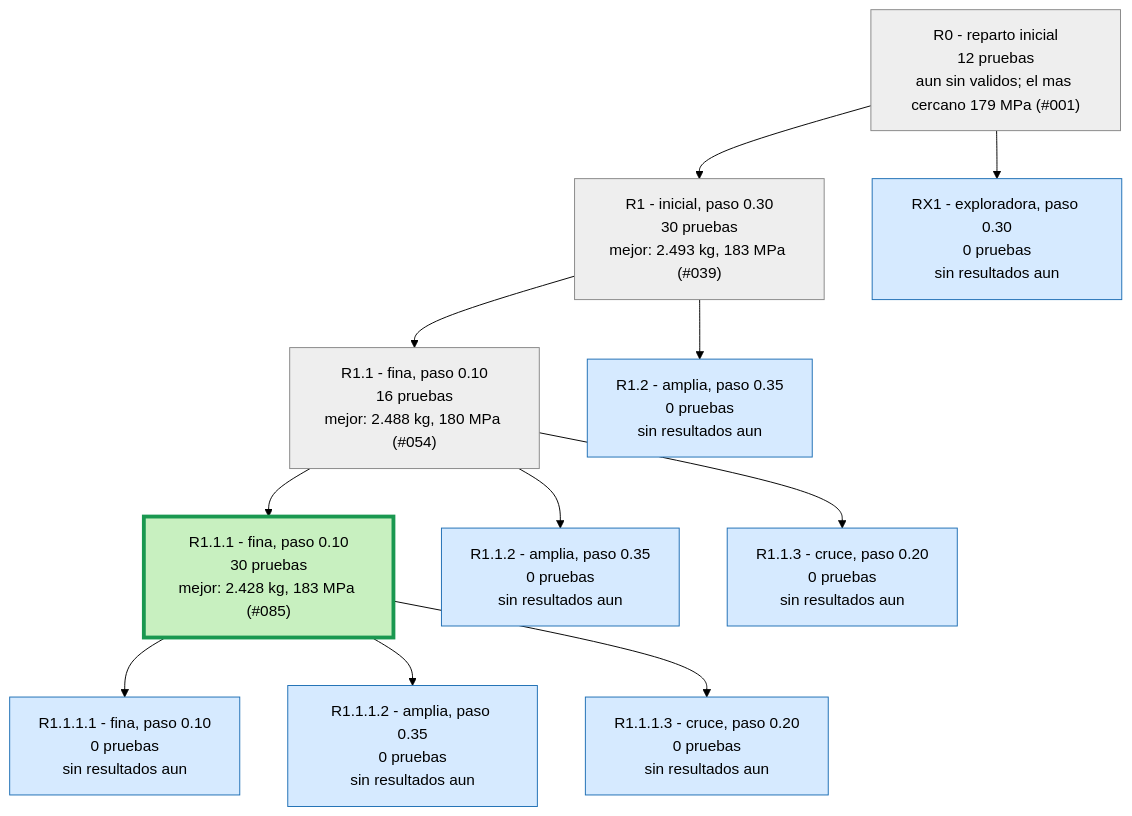
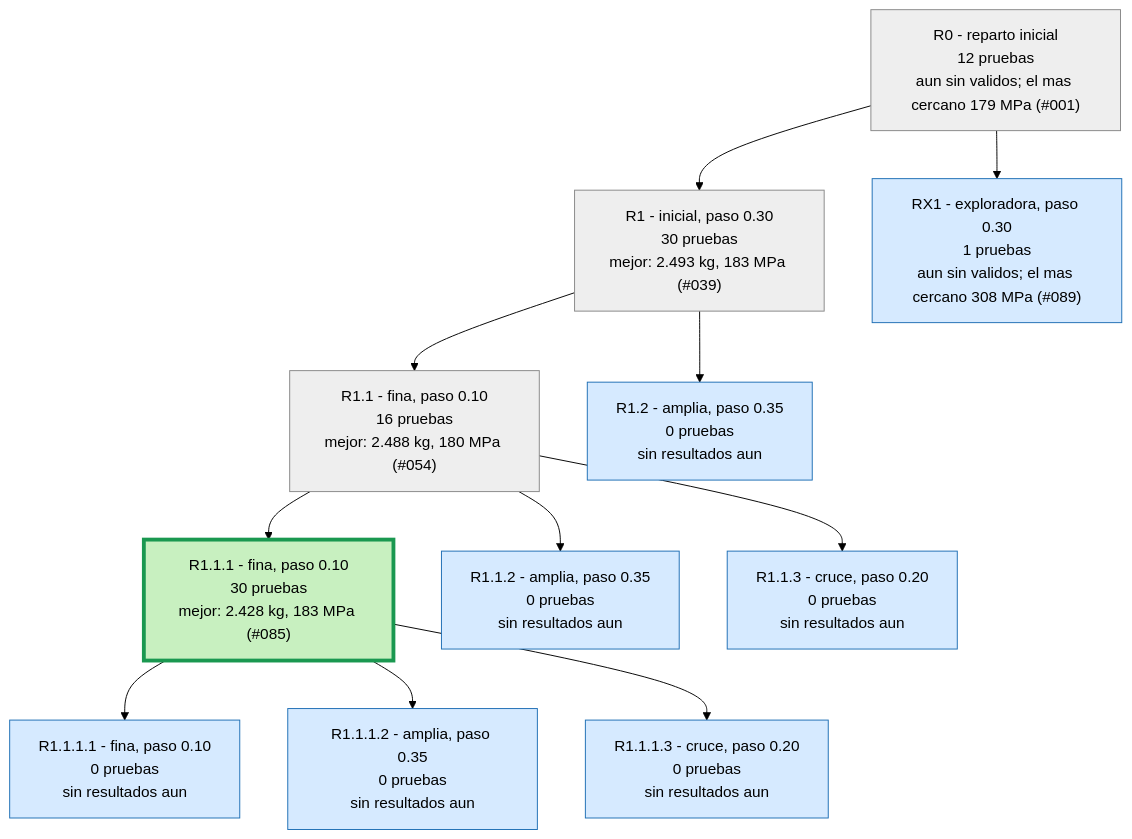
The second of 3 diagrams in runs/opt_37800N/ARBOL.md (Hugiko/msd-soporte-optimizacion), drawn with Mermaid (forest theme) before and after one commit. The commit also changed 21 other files, not shown here.

````diff
--- a/runs/opt_37800N/ARBOL.md
+++ b/runs/opt_37800N/ARBOL.md
@@ -25,27 +25,27 @@
 ```mermaid
 graph TD
 classDef activa fill:#d6eaff,stroke:#1f6fb5,color:#000
 classDef fin fill:#eeeeee,stroke:#888,color:#000
 classDef mejor fill:#c8f0c0,stroke:#1a9850,stroke-width:4px,color:#000
 R0["R0 - reparto inicial<br/>12 pruebas<br/>aun sin validos; el mas cercano 179 MPa (#001)"]:::fin
 R1["R1 - inicial, paso 0.30<br/>30 pruebas<br/>mejor: 2.493 kg, 183 MPa (#039)"]:::fin
 R0 --> R1
 R1_1["R1.1 - fina, paso 0.10<br/>16 pruebas<br/>mejor: 2.488 kg, 180 MPa (#054)"]:::fin
 R1 --> R1_1
 R1_2["R1.2 - amplia, paso 0.35<br/>0 pruebas<br/>sin resultados aun"]:::activa
 R1 --> R1_2
 R1_1_1["R1.1.1 - fina, paso 0.10<br/>30 pruebas<br/>mejor: 2.428 kg, 183 MPa (#085)"]:::mejor
 R1_1 --> R1_1_1
 R1_1_2["R1.1.2 - amplia, paso 0.35<br/>0 pruebas<br/>sin resultados aun"]:::activa
 R1_1 --> R1_1_2
 R1_1_3["R1.1.3 - cruce, paso 0.20<br/>0 pruebas<br/>sin resultados aun"]:::activa
 R1_1 --> R1_1_3
 R1_1_1_1["R1.1.1.1 - fina, paso 0.10<br/>0 pruebas<br/>sin resultados aun"]:::activa
 R1_1_1 --> R1_1_1_1
 R1_1_1_2["R1.1.1.2 - amplia, paso 0.35<br/>0 pruebas<br/>sin resultados aun"]:::activa
 R1_1_1 --> R1_1_1_2
 R1_1_1_3["R1.1.1.3 - cruce, paso 0.20<br/>0 pruebas<br/>sin resultados aun"]:::activa
 R1_1_1 --> R1_1_1_3
-RX1["RX1 - exploradora, paso 0.30<br/>0 pruebas<br/>sin resultados aun"]:::activa
+RX1["RX1 - exploradora, paso 0.30<br/>1 pruebas<br/>aun sin validos; el mas cercano 308 MPa (#089)"]:::activa
 R0 --> RX1
 ```
````
